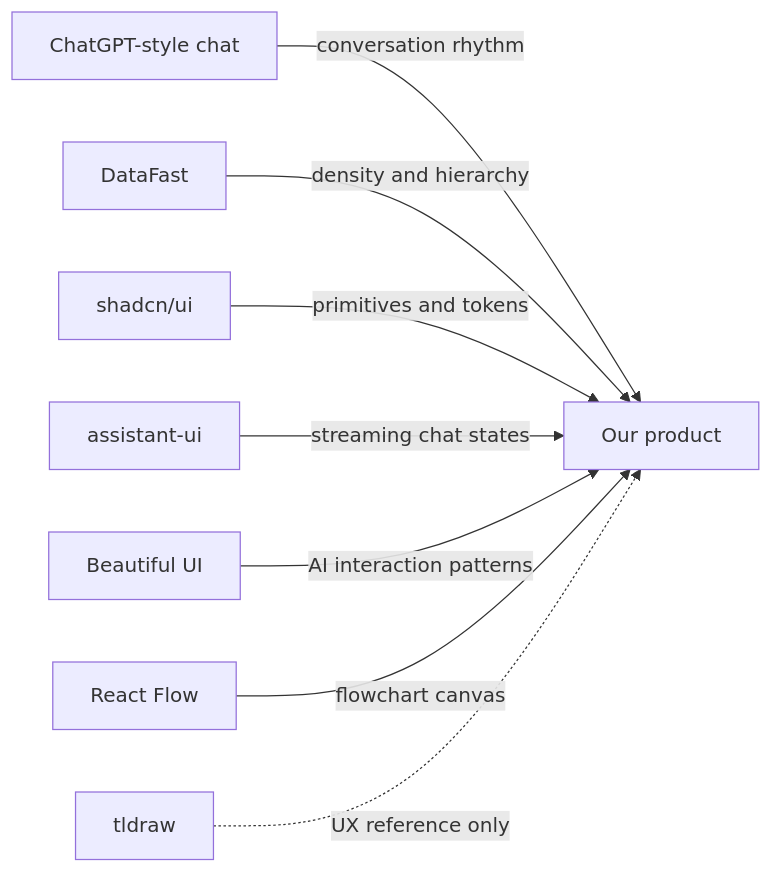
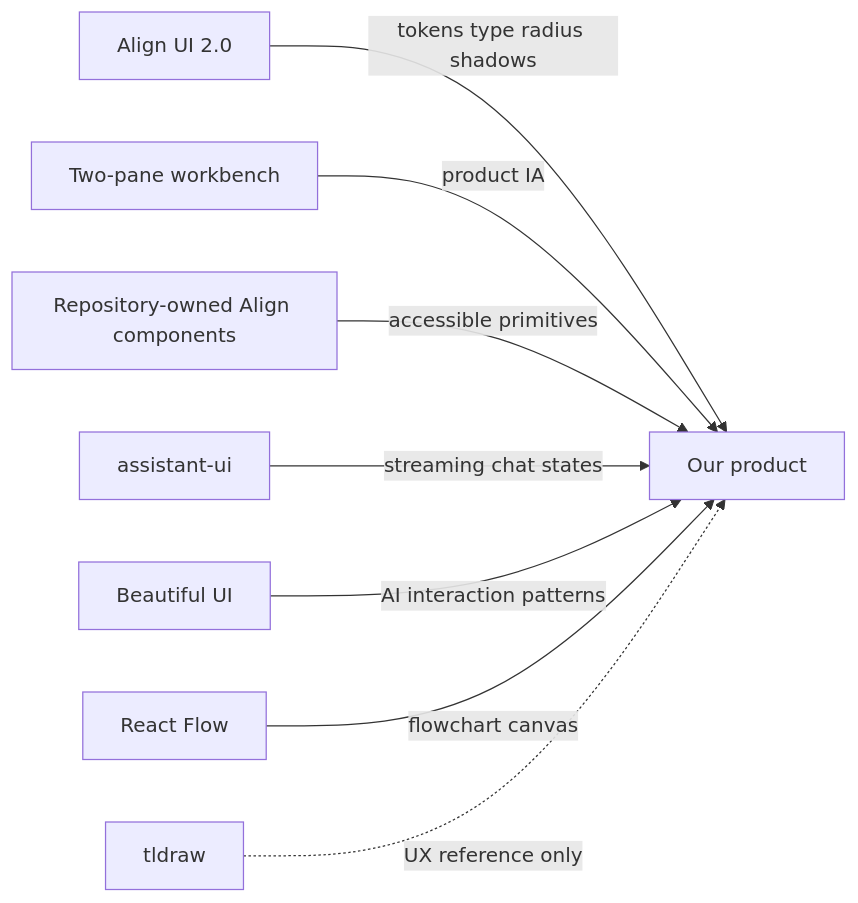
The diagram in docs/design-system/references.md (asadbekdev/figurelabai), drawn with Mermaid before and after one commit. The commit also changed other lines of this file and 300 other files, not shown here.

Commit message:
feat: ship Align UI flowchart beta

````diff
--- a/docs/design-system/references.md
+++ b/docs/design-system/references.md
@@ -9,10 +9,10 @@
 ```mermaid
 flowchart LR
-  C[ChatGPT-style chat] -->|conversation rhythm| O[Our product]
-  D[DataFast] -->|density and hierarchy| O
-  S[shadcn/ui] -->|primitives and tokens| O
+  U[Align UI 2.0] -->|tokens type radius shadows| O[Our product]
+  C[Two-pane workbench] -->|product IA| O
+  S[Repository-owned Align components] -->|accessible primitives| O
   A[assistant-ui] -->|streaming chat states| O
   B[Beautiful UI] -->|AI interaction patterns| O
   R[React Flow] -->|flowchart canvas| O
   T[tldraw] -.->|UX reference only| O
 ```
````
